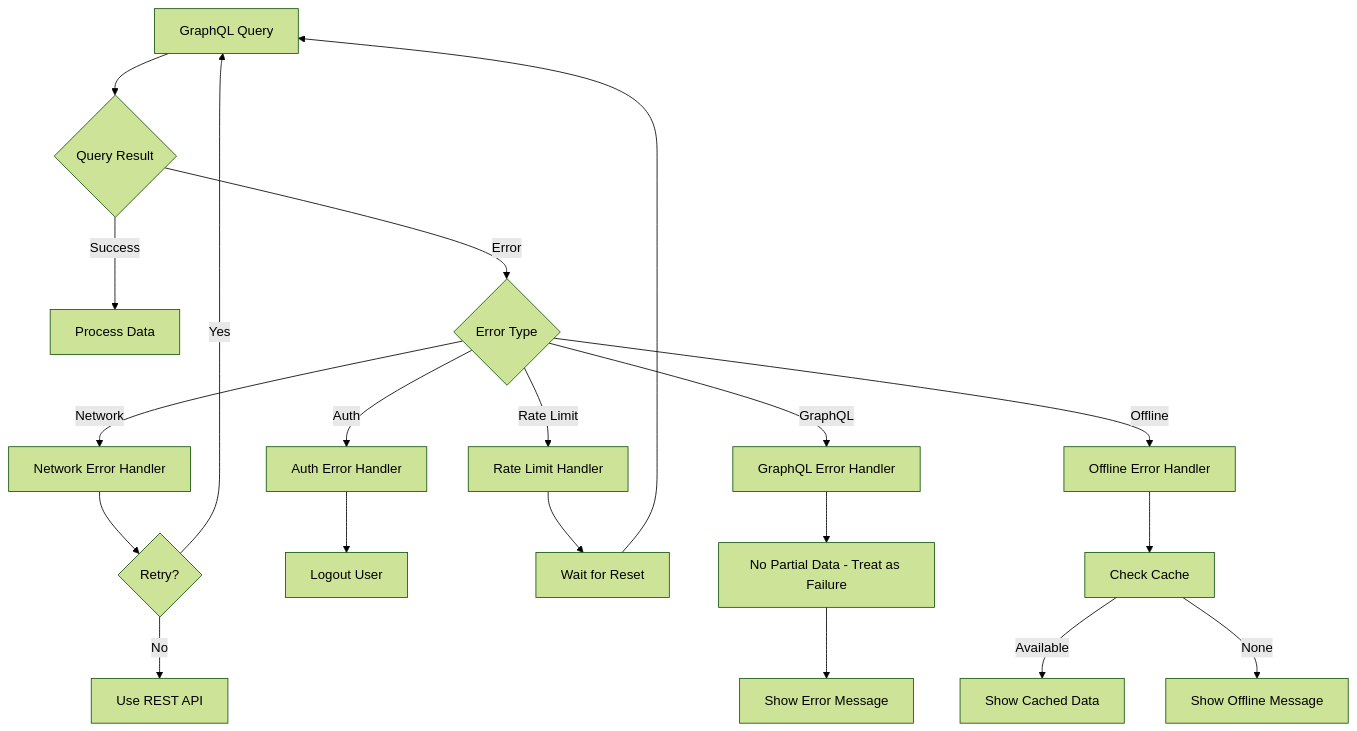
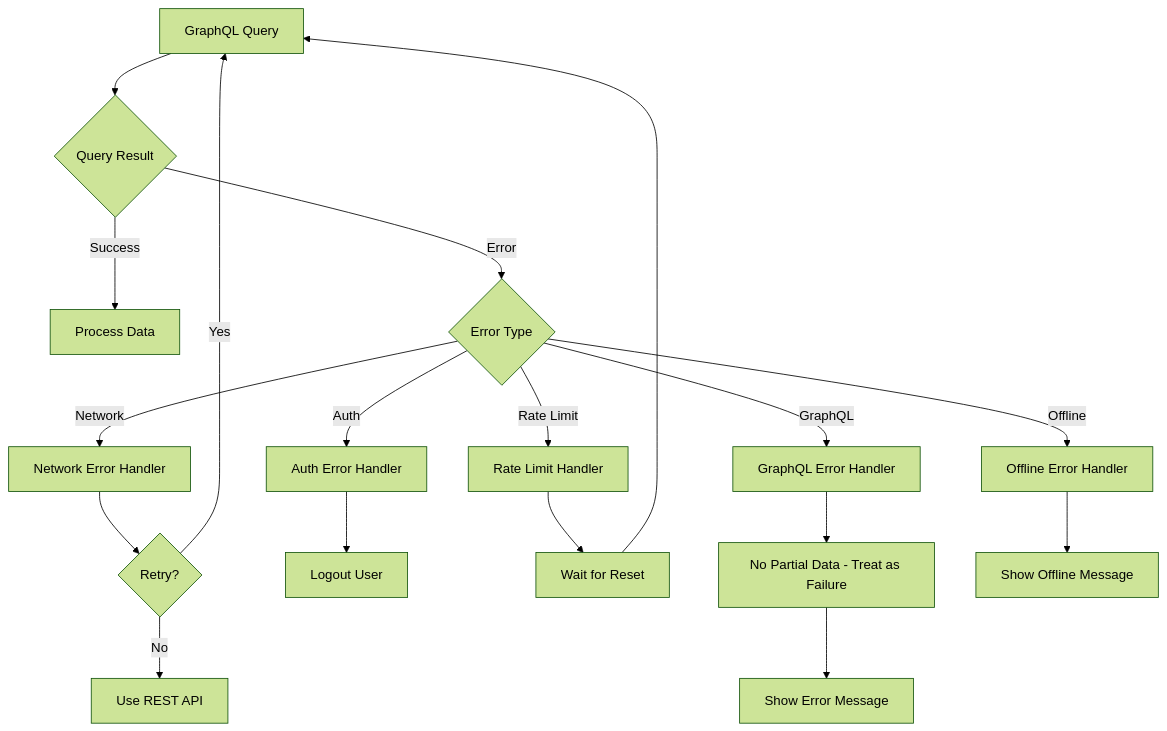
Before and after one commit to jacobdam/gh3: the third of 3 diagrams in .kiro/specs/github-graphql-ferry/design.md, drawn with Mermaid (forest theme). The commit also changed other lines of this file and 3 other files, not shown here.

First line of the commit message:
refactor: remove caching strategy from GitHub GraphQL Ferry specification

````diff
--- a/.kiro/specs/github-graphql-ferry/design.md
+++ b/.kiro/specs/github-graphql-ferry/design.md
@@ -789,25 +775,23 @@
 ```mermaid
 graph TD
     QUERY[GraphQL Query] --> RESULT{Query Result}
     RESULT -->|Success| DATA[Process Data]
     RESULT -->|Error| ERROR_TYPE{Error Type}
     
     ERROR_TYPE -->|Network| NETWORK_HANDLER[Network Error Handler]
     ERROR_TYPE -->|Auth| AUTH_HANDLER[Auth Error Handler]  
     ERROR_TYPE -->|Rate Limit| RATE_HANDLER[Rate Limit Handler]
     ERROR_TYPE -->|GraphQL| GQL_HANDLER[GraphQL Error Handler]
     ERROR_TYPE -->|Offline| OFFLINE_HANDLER[Offline Error Handler]
     
     NETWORK_HANDLER --> RETRY{Retry?}
     AUTH_HANDLER --> LOGOUT[Logout User]
     RATE_HANDLER --> WAIT[Wait for Reset]
     GQL_HANDLER --> NO_PARTIAL[No Partial Data - Treat as Failure]
-    OFFLINE_HANDLER --> CACHE_CHECK[Check Cache]
+    OFFLINE_HANDLER --> OFFLINE_MESSAGE[Show Offline Message]
     
     RETRY -->|Yes| QUERY
     RETRY -->|No| FALLBACK[Use REST API]
     WAIT --> QUERY
     NO_PARTIAL --> USER_FEEDBACK[Show Error Message]
-    CACHE_CHECK -->|Available| CACHED_DATA[Show Cached Data]
-    CACHE_CHECK -->|None| OFFLINE_MESSAGE[Show Offline Message]
 ```
````
